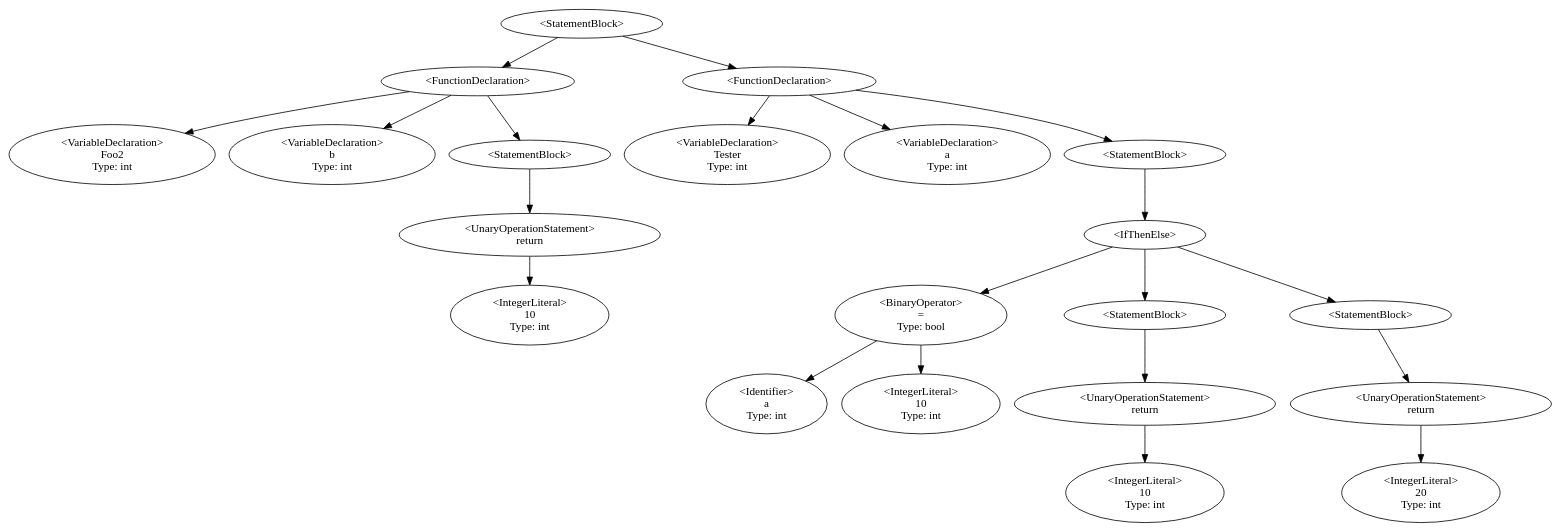
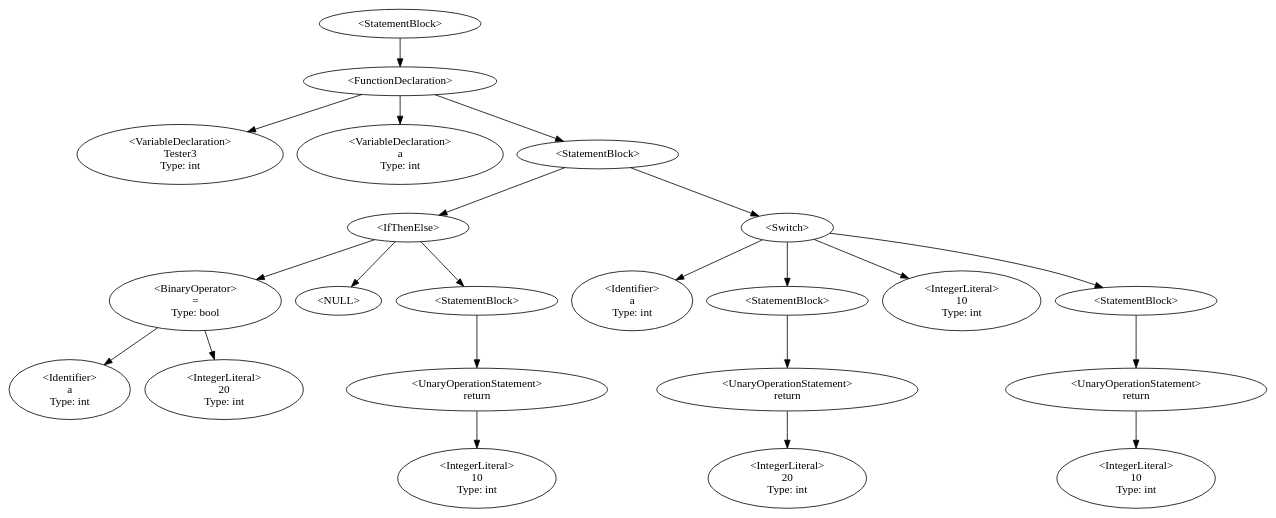
One commit to QazmoQwerty/dino changed the diagram in Dino/Dino/DstDisplay.gv. Above: the diagram before and after it, drawn with Graphviz. The commit also changed 3 other files, not shown here.

Commit message:
fixed StatementBlock.hasReturnType() to include Switch/Case

```diff
--- a/Dino/Dino/DstDisplay.gv
+++ b/Dino/Dino/DstDisplay.gv
@@ -1,33 +1,33 @@
 digraph G {
-7 [label="<StatementBlock>"];7->10;7->22;
+7 [label="<StatementBlock>"];7->10;
 10 [label="<FunctionDeclaration>"];10->8;10->11;10->13;
-8 [label="<VariableDeclaration>\nFoo2
+8 [label="<VariableDeclaration>\nTester3
 Type: int"];
-11 [label="<VariableDeclaration>\nb
+11 [label="<VariableDeclaration>\na
 Type: int"];
-13 [label="<StatementBlock>"];13->16;
-16 [label="<UnaryOperationStatement>\nreturn"];16->14;
-14 [label="<IntegerLiteral>\n10
+13 [label="<StatementBlock>"];13->14;13->24;
+14 [label="<IfThenElse>"];14->18;14->-1;-1 [label="<NULL>"];14->20;
+18 [label="<BinaryOperator>\n=
+Type: bool"];18->17;18->15;
+17 [label="<Identifier>\na
 Type: int"];
-22 [label="<FunctionDeclaration>"];22->20;22->23;22->25;
-20 [label="<VariableDeclaration>\nTester
+15 [label="<IntegerLiteral>\n20
 Type: int"];
-23 [label="<VariableDeclaration>\na
+20 [label="<StatementBlock>"];20->23;
+23 [label="<UnaryOperationStatement>\nreturn"];23->21;
+21 [label="<IntegerLiteral>\n10
 Type: int"];
-25 [label="<StatementBlock>"];25->26;
-26 [label="<IfThenElse>"];26->30;26->32;26->36;
-30 [label="<BinaryOperator>\n=
-Type: bool"];30->29;30->27;
-29 [label="<Identifier>\na
+24 [label="<Switch>"];24->25;24->26;24->34;24->30;
+25 [label="<Identifier>\na
 Type: int"];
-27 [label="<IntegerLiteral>\n10
+26 [label="<StatementBlock>"];26->29;
+29 [label="<UnaryOperationStatement>\nreturn"];29->27;
+27 [label="<IntegerLiteral>\n20
 Type: int"];
-32 [label="<StatementBlock>"];32->35;
-35 [label="<UnaryOperationStatement>\nreturn"];35->33;
-33 [label="<IntegerLiteral>\n10
+34 [label="<IntegerLiteral>\n10
 Type: int"];
-36 [label="<StatementBlock>"];36->39;
-39 [label="<UnaryOperationStatement>\nreturn"];39->37;
-37 [label="<IntegerLiteral>\n20
+30 [label="<StatementBlock>"];30->33;
+33 [label="<UnaryOperationStatement>\nreturn"];33->31;
+31 [label="<IntegerLiteral>\n10
 Type: int"];
 }
```
